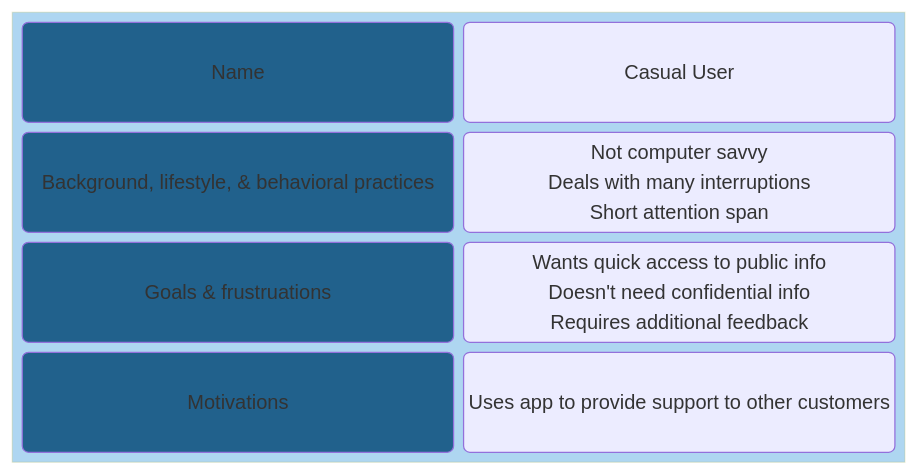
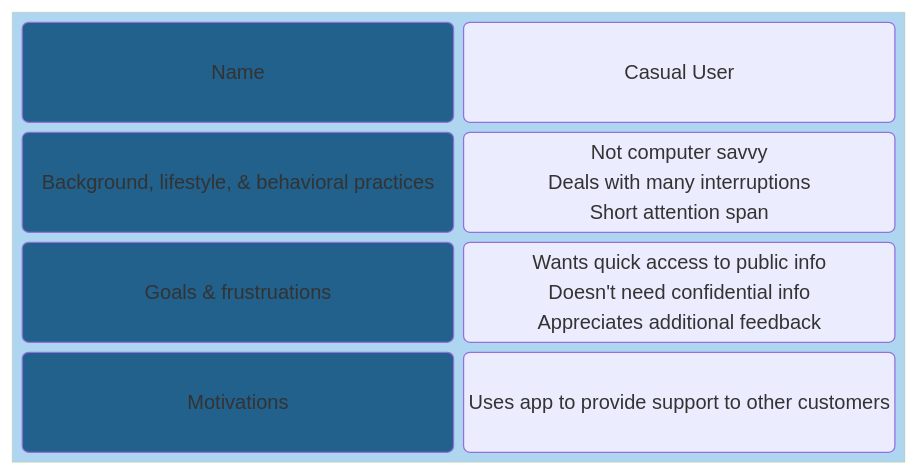
The second of 2 diagrams in docs/resources/techresources/uiux.md (chingu-voyages/Handbook), drawn with Mermaid before and after one commit. The commit also changed other lines of this file, not shown here.

````diff
--- a/docs/resources/techresources/uiux.md
+++ b/docs/resources/techresources/uiux.md
@@ -92,20 +92,20 @@
 ```mermaid
 block-beta
   columns 1
   block:TEMPLATE
     columns 2
     NAME("Name")
     VNAME("Casual User")
     DEMOGRAPHICS("Background, lifestyle, & behavioral practices")
     VDEMOGRAPHICS("Not computer savvy</br>Deals with many interruptions</br>Short attention span")
     GOALS("Goals & frustruations")
-    VGOALS("Wants quick access to public info</br>Doesn't need confidential info</br>Requires additional feedback")
+    VGOALS("Wants quick access to public info</br>Doesn't need confidential info</br>Appreciates additional feedback")
     MOTIVATIONS("Motivations")
     VMOTIVATIONS("Uses app to provide support to other customers")
   end
   style TEMPLATE fill:#aed6f1
   style NAME fill:#21618c
   style DEMOGRAPHICS fill:#21618c
   style GOALS fill:#21618c
   style MOTIVATIONS fill:#21618c
 ```
````
